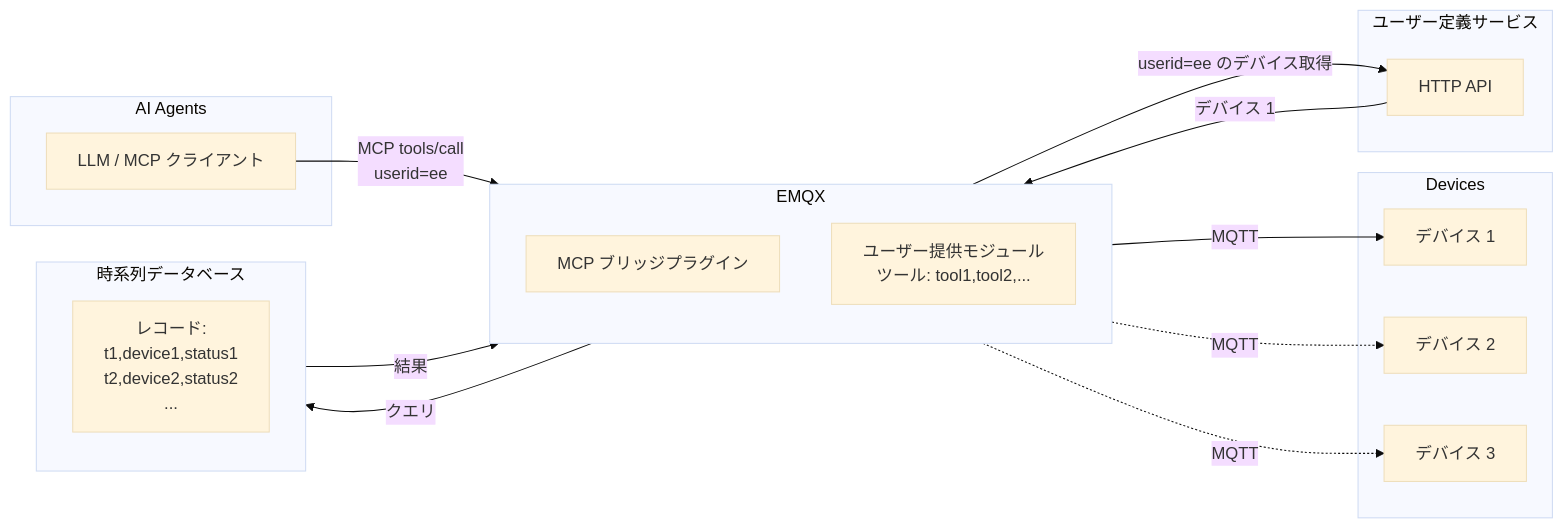
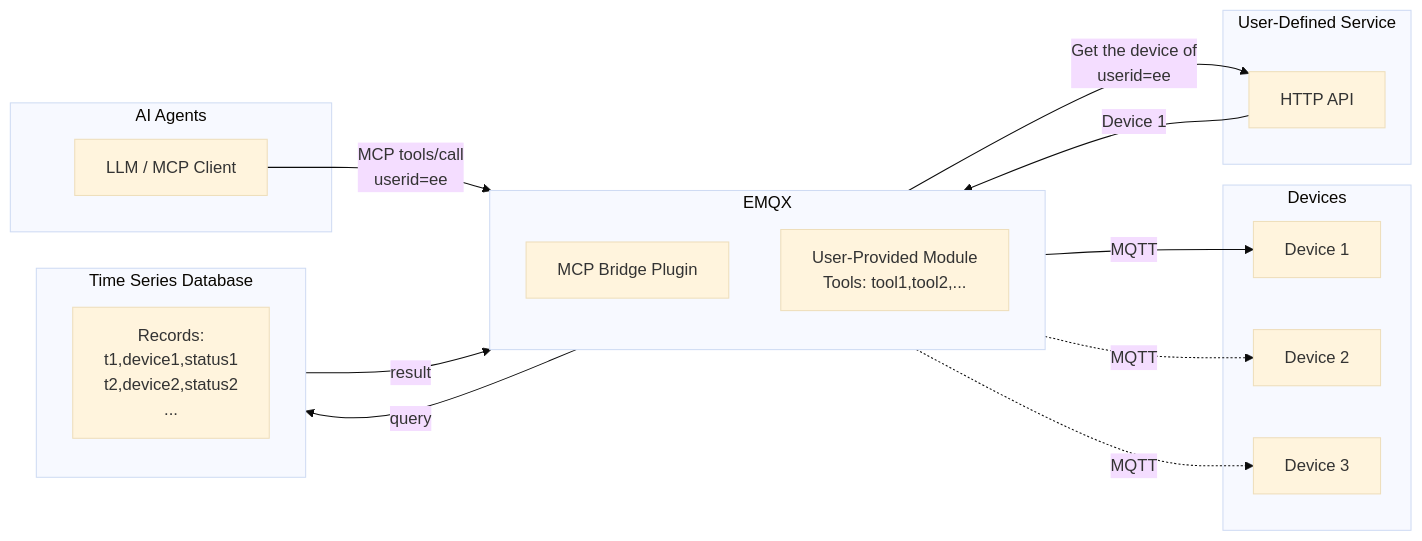
One commit to emqx/emqx-docs changed the third of 3 diagrams in ja_JP/emqx-ai/mcp-bridge/overview.md. Above: the diagram before and after it, drawn with Mermaid (base theme). The commit also changed other lines of this file and 71 other files, not shown here.

````diff
--- a/ja_JP/emqx-ai/mcp-bridge/overview.md
+++ b/ja_JP/emqx-ai/mcp-bridge/overview.md
@@ -87,30 +67,30 @@
 ```mermaid
 graph LR
     subgraph "AI Agents"
-        M1[LLM / MCP クライアント]
+        M1[LLM / MCP Client]
     end
     subgraph "Devices"
-        D1[デバイス 1]
-        D2[デバイス 2]
-        D3[デバイス 3]
+        D1[Device 1]
+        D2[Device 2]
+        D3[Device 3]
     end
     subgraph EMQX["EMQX"]
         direction BT
-        MB[MCP ブリッジプラグイン]
-        CM[ユーザー提供モジュール<br>ツール: tool1,tool2,...]
+        MB[MCP Bridge Plugin]
+        CM[User-Provided Module<br>Tools: tool1,tool2,...]
         MB --> |MQTT| D1
         MB -.-> |MQTT| D2
         MB -.-> |MQTT| D3
         M1 --> |MCP tools/call<br>userid=ee| MB
     end
-    subgraph TSDB["時系列データベース"]
-        R1[レコード:<br>t1,device1,status1<br>t2,device2,status2<br>...]
+    subgraph TSDB["Time Series Database"]
+        R1[Records:<br>t1,device1,status1<br>t2,device2,status2<br>...]
     end
-    subgraph "ユーザー定義サービス"
+    subgraph "User-Defined Service"
         UDS[HTTP API]
     end
-    CM --> |クエリ| TSDB
-    TSDB --> |結果| CM
-    CM --> |userid=ee のデバイス取得| UDS
-    UDS --> |デバイス 1| CM
+    CM --> |query| TSDB
+    TSDB --> |result| CM
+    CM --> |Get the device of<br>userid=ee| UDS
+    UDS --> |Device 1| CM
 ```
````
